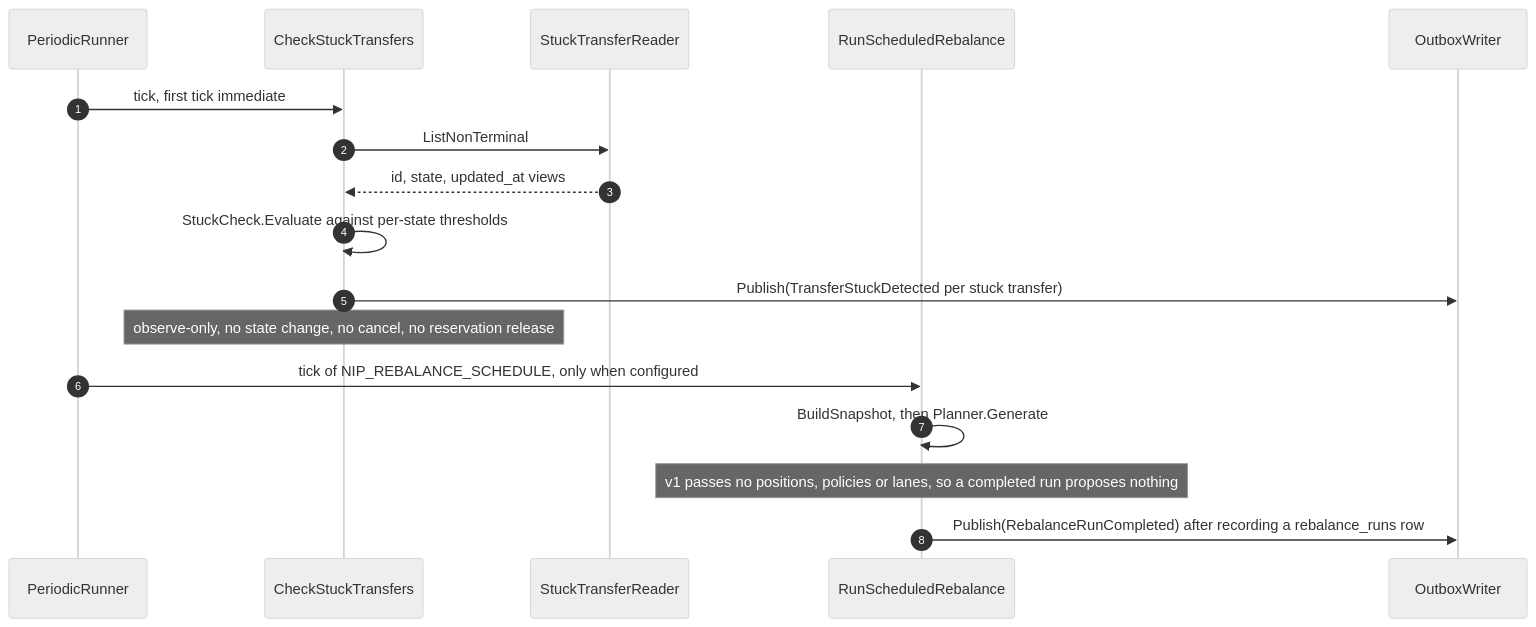
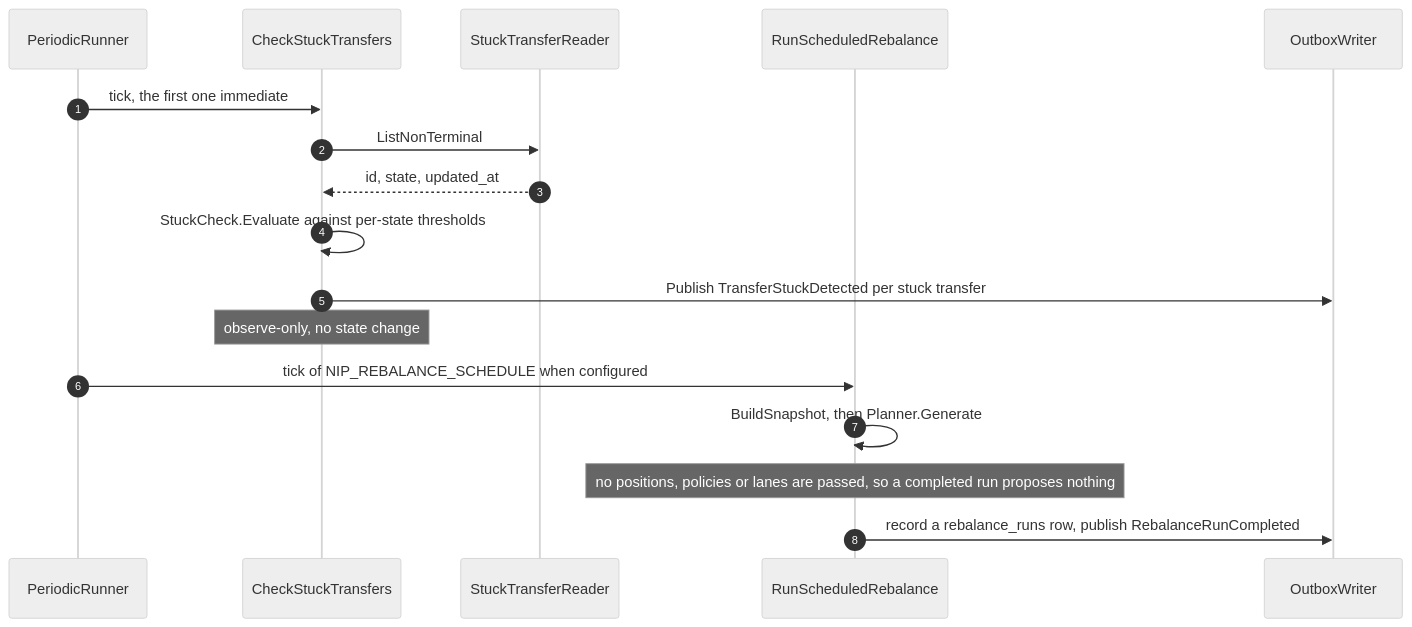
One commit to IQVO/warehouse-docs changed the seventh of 8 diagrams in docs/contexts/network-inventory-planning/sequence-diagrams.md. Above: the diagram before and after it, drawn with Mermaid (neutral theme). The commit also changed other lines of this file and 115 other files, not shown here.

````diff
--- a/docs/contexts/network-inventory-planning/sequence-diagrams.md
+++ b/docs/contexts/network-inventory-planning/sequence-diagrams.md
@@ -196,19 +185,19 @@
 ```mermaid
 sequenceDiagram
   autonumber
   participant R as PeriodicRunner
   participant H as CheckStuckTransfers
   participant Rd as StuckTransferReader
   participant U as RunScheduledRebalance
   participant O as OutboxWriter
-  R->>H: tick, first tick immediate
+  R->>H: tick, the first one immediate
   H->>Rd: ListNonTerminal
-  Rd-->>H: id, state, updated_at views
+  Rd-->>H: id, state, updated_at
   H->>H: StuckCheck.Evaluate against per-state thresholds
-  H->>O: Publish(TransferStuckDetected per stuck transfer)
-  Note over H: observe-only, no state change, no cancel, no reservation release
-  R->>U: tick of NIP_REBALANCE_SCHEDULE, only when configured
+  H->>O: Publish TransferStuckDetected per stuck transfer
+  Note over H: observe-only, no state change
+  R->>U: tick of NIP_REBALANCE_SCHEDULE when configured
   U->>U: BuildSnapshot, then Planner.Generate
-  Note over U: v1 passes no positions, policies or lanes, so a completed run proposes nothing
-  U->>O: Publish(RebalanceRunCompleted) after recording a rebalance_runs row
+  Note over U: no positions, policies or lanes are passed, so a completed run proposes nothing
+  U->>O: record a rebalance_runs row, publish RebalanceRunCompleted
 ```
````
